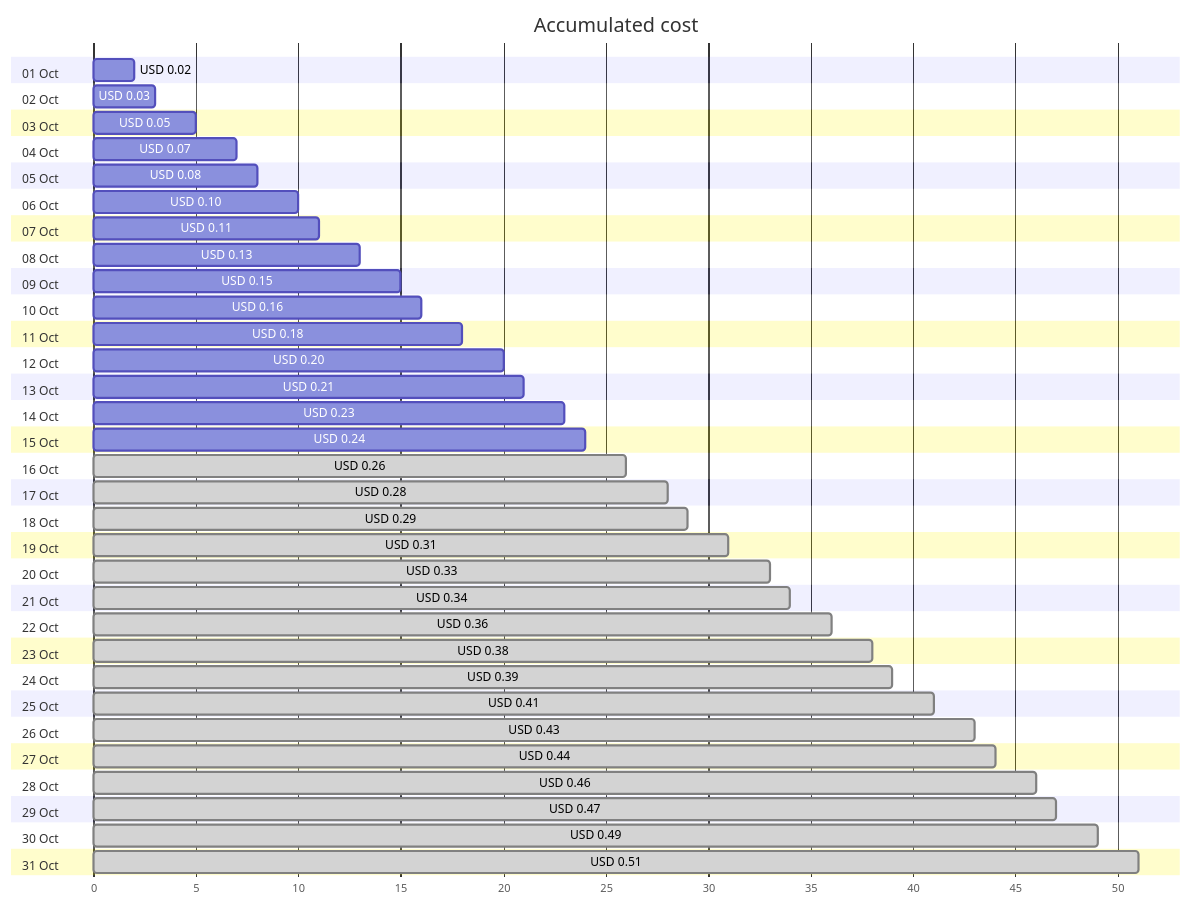
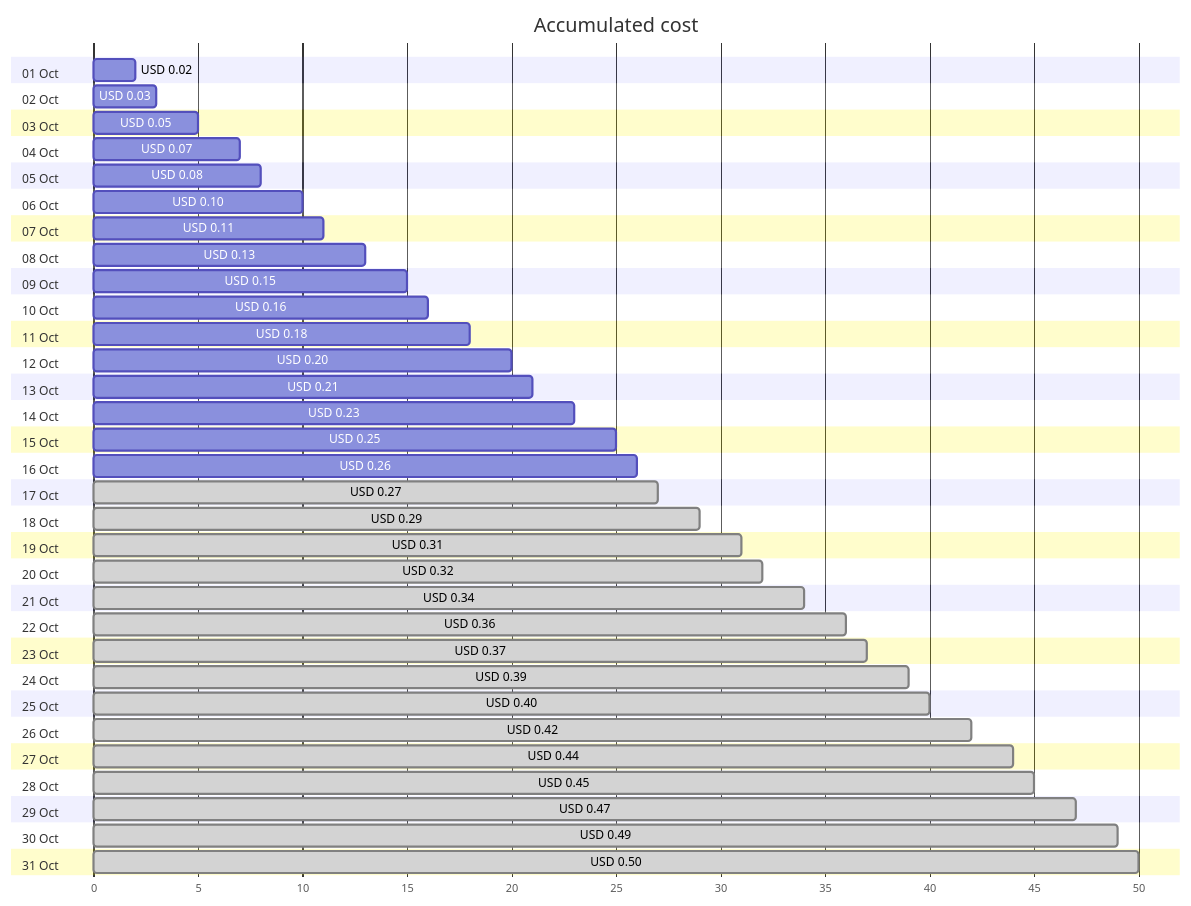
Before and after one commit to jpfulton/azure-personal-reports: the first of 4 diagrams in cost-reports/personal-dns/jpatrickfulton.com.md, drawn with Mermaid. The commit also changed other lines of this file and 2 other files, not shown here.

````diff
--- a/cost-reports/personal-dns/jpatrickfulton.com.md
+++ b/cost-reports/personal-dns/jpatrickfulton.com.md
@@ -20,68 +20,68 @@
 ```mermaid
 gantt
    title Accumulated cost
    dateFormat  X
    axisFormat %s
    section 01 Oct
    USD 0.02 :0, 2
    section 02 Oct
    USD 0.03 :0, 3
    section 03 Oct
    USD 0.05 :0, 5
    section 04 Oct
    USD 0.07 :0, 7
    section 05 Oct
    USD 0.08 :0, 8
    section 06 Oct
    USD 0.10 :0, 10
    section 07 Oct
    USD 0.11 :0, 11
    section 08 Oct
    USD 0.13 :0, 13
    section 09 Oct
    USD 0.15 :0, 15
    section 10 Oct
    USD 0.16 :0, 16
    section 11 Oct
    USD 0.18 :0, 18
    section 12 Oct
    USD 0.20 :0, 20
    section 13 Oct
    USD 0.21 :0, 21
    section 14 Oct
    USD 0.23 :0, 23
    section 15 Oct
-   USD 0.24 :0, 24
+   USD 0.25 :0, 25
    section 16 Oct
-   USD 0.26 : done, 0, 26
+   USD 0.26 :0, 26
    section 17 Oct
-   USD 0.28 : done, 0, 28
+   USD 0.27 : done, 0, 27
    section 18 Oct
    USD 0.29 : done, 0, 29
    section 19 Oct
    USD 0.31 : done, 0, 31
    section 20 Oct
-   USD 0.33 : done, 0, 33
+   USD 0.32 : done, 0, 32
    section 21 Oct
    USD 0.34 : done, 0, 34
    section 22 Oct
    USD 0.36 : done, 0, 36
    section 23 Oct
-   USD 0.38 : done, 0, 38
+   USD 0.37 : done, 0, 37
    section 24 Oct
    USD 0.39 : done, 0, 39
    section 25 Oct
-   USD 0.41 : done, 0, 41
+   USD 0.40 : done, 0, 40
    section 26 Oct
-   USD 0.43 : done, 0, 43
+   USD 0.42 : done, 0, 42
    section 27 Oct
    USD 0.44 : done, 0, 44
    section 28 Oct
-   USD 0.46 : done, 0, 46
+   USD 0.45 : done, 0, 45
    section 29 Oct
    USD 0.47 : done, 0, 47
    section 30 Oct
    USD 0.49 : done, 0, 49
    section 31 Oct
-   USD 0.51 : done, 0, 51
+   USD 0.50 : done, 0, 50
 ```
````
